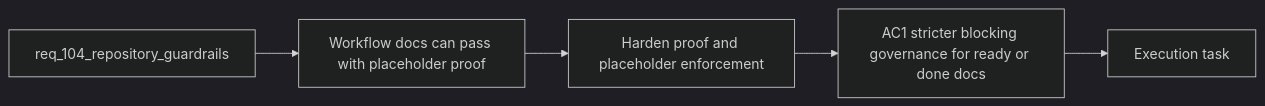
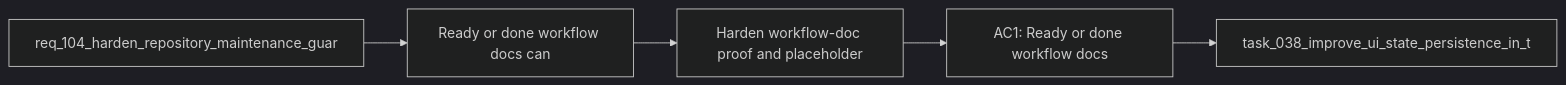
Before and after one commit to AlexAgo83/logics-manager: the diagram in logics/backlog/item_184_harden_workflow_doc_proof_and_placeholder_enforcement.md, drawn with Mermaid (dark theme). The commit also changed 481 other files, not shown here.

````diff
--- a/logics/backlog/item_184_harden_workflow_doc_proof_and_placeholder_enforcement.md
+++ b/logics/backlog/item_184_harden_workflow_doc_proof_and_placeholder_enforcement.md
@@ -28,9 +28,9 @@
 ```mermaid
 %% logics-kind: backlog
 %% logics-signature: backlog|harden-workflow-doc-proof-and-placeholde|req-104-harden-repository-maintenance-gu|ready-or-done-workflow-docs-can|ac1-ready-or-done-workflow-docs
 flowchart LR
-    Request[req_104_repository_guardrails] --> Problem[Workflow docs can pass with placeholder proof]
-    Problem --> Scope[Harden proof and placeholder enforcement]
-    Scope --> Acceptance[AC1 stricter blocking governance for ready or done docs]
-    Acceptance --> Tasks[Execution task]
+    Request[req_104_harden_repository_maintenance_guar] --> Problem[Ready or done workflow docs can]
+    Problem --> Scope[Harden workflow-doc proof and placeholder]
+    Scope --> Acceptance[AC1: Ready or done workflow docs]
+    Acceptance --> Tasks[task_038_improve_ui_state_persistence_in_t]
 ```
````
